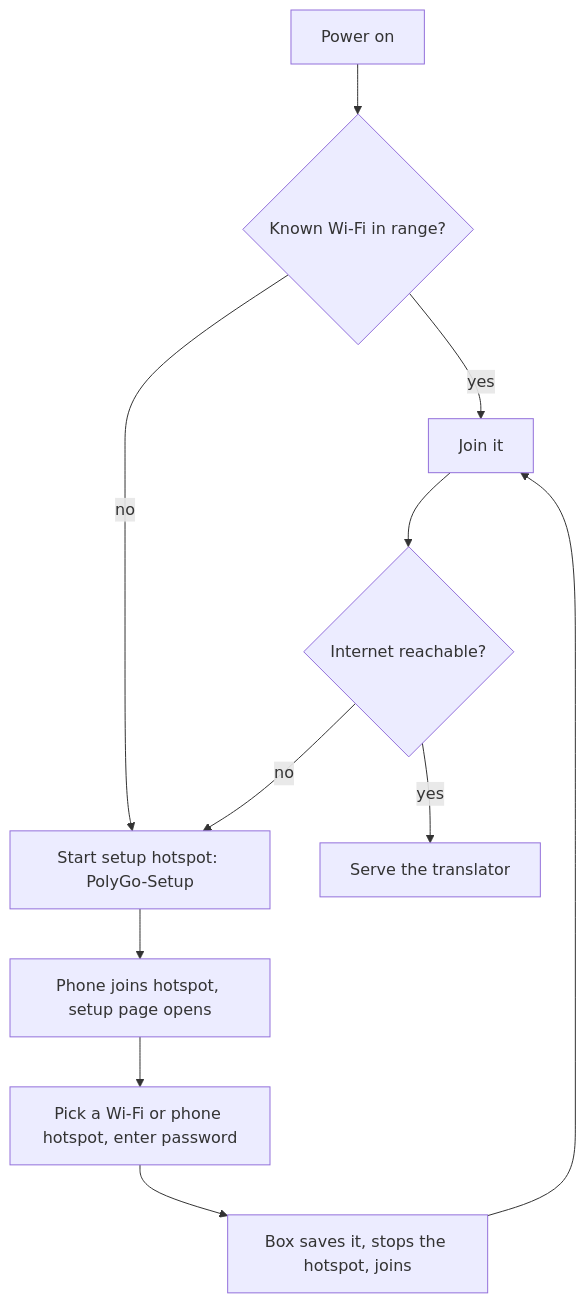
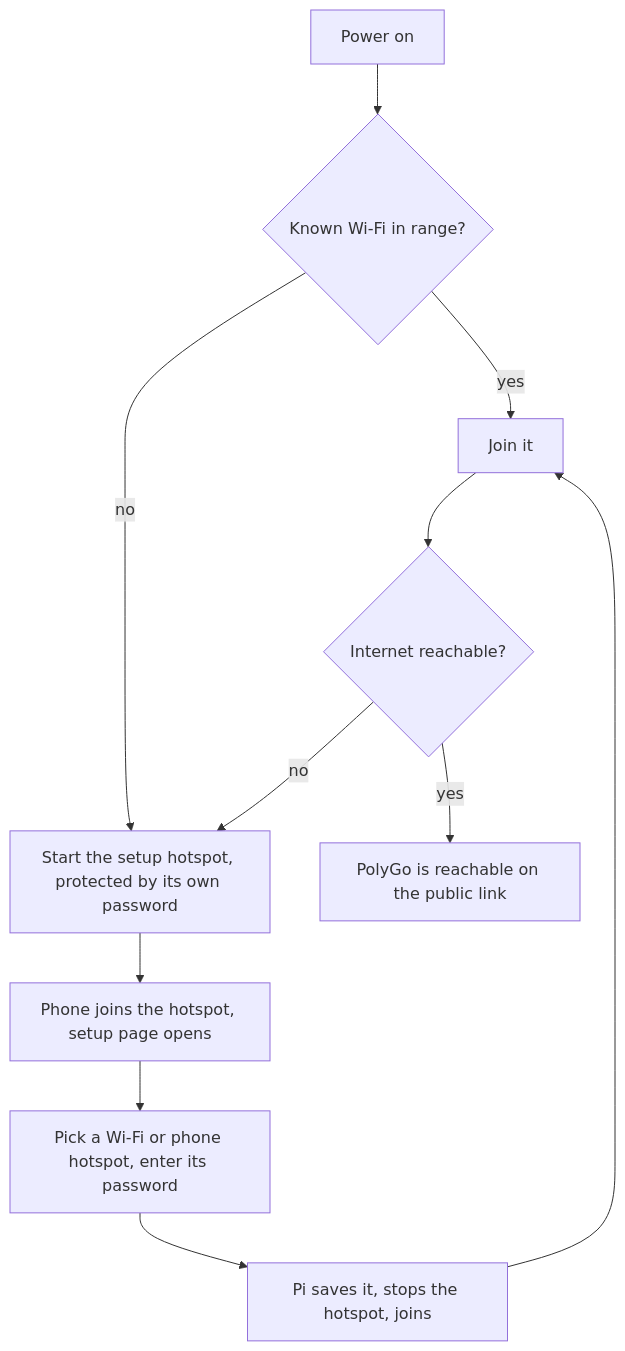
One commit to bathonSpidey/PolyGo changed the third of 3 diagrams in README.md. Above: the diagram before and after it, drawn with Mermaid. The commit also changed other lines of this file, not shown here.

First line of the commit message:
README: current state, diagrams, security table and roadmap

````diff
--- a/README.md
+++ b/README.md
@@ -40,13 +97,13 @@
 ```mermaid
 flowchart TD
     A[Power on] --> B{Known Wi-Fi in range?}
     B -- yes --> C[Join it]
-    B -- no --> D["Start setup hotspot: PolyGo-Setup"]
-    D --> E["Phone joins hotspot, setup page opens"]
-    E --> F["Pick a Wi-Fi or phone hotspot, enter password"]
-    F --> G["Box saves it, stops the hotspot, joins"]
+    B -- no --> D["Start the setup hotspot, protected by its own password"]
+    D --> E["Phone joins the hotspot, setup page opens"]
+    E --> F["Pick a Wi-Fi or phone hotspot, enter its password"]
+    F --> G["Pi saves it, stops the hotspot, joins"]
     G --> C
     C --> H{Internet reachable?}
-    H -- yes --> I[Serve the translator]
+    H -- yes --> I[PolyGo is reachable on the public link]
     H -- no --> D
 ```
````
